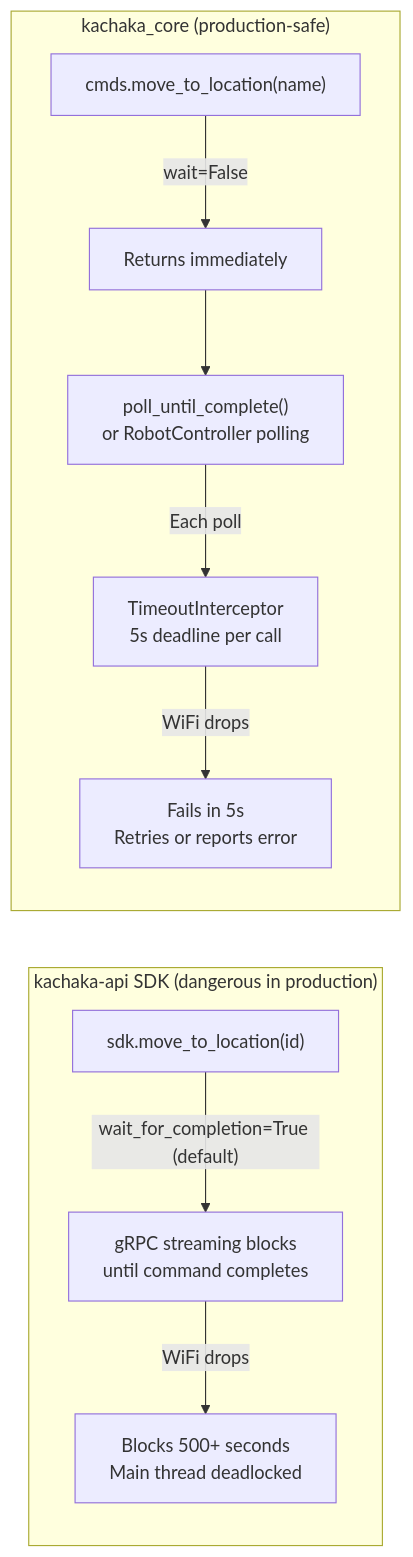
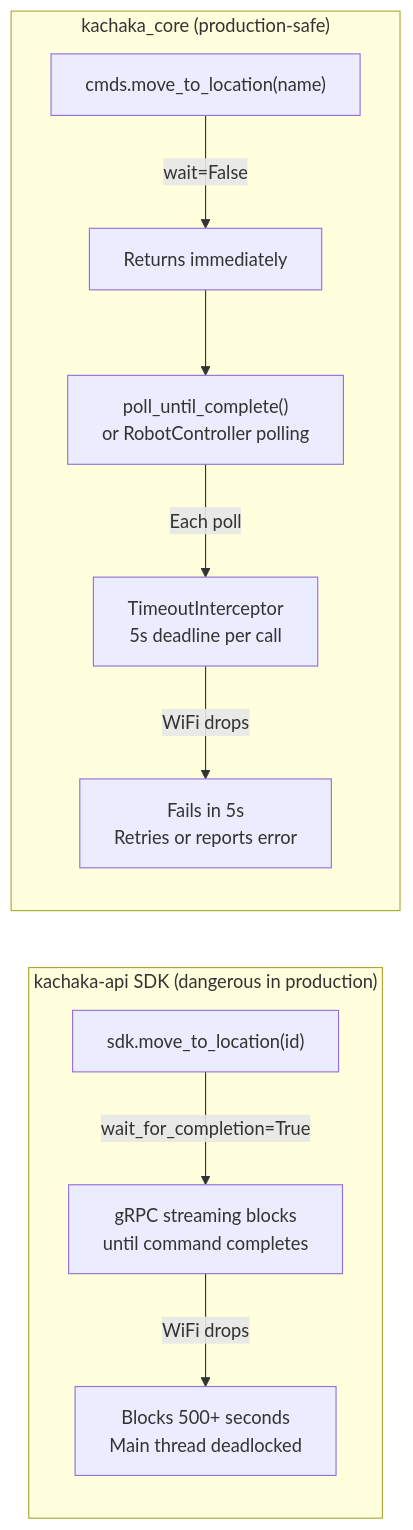
One commit to sigmarobotics/kachaka-sdk-toolkit changed the fifth of 6 diagrams in README.md. Above: the diagram before and after it, drawn with Mermaid. The commit also changed other lines of this file and 3 other files, not shown here.

````diff
--- a/README.md
+++ b/README.md
@@ -898,14 +995,14 @@
 ```mermaid
 graph LR
     subgraph "kachaka-api SDK (dangerous in production)"
-        A["sdk.move_to_location(id)"] -->|"wait_for_completion=True (default)"| B["gRPC streaming blocks\nuntil command completes"]
+        A["sdk.move_to_location(id)"] -->|"wait_for_completion=True"| B["gRPC streaming blocks\nuntil command completes"]
         B -->|"WiFi drops"| C["Blocks 500+ seconds\nMain thread deadlocked"]
     end
 
     subgraph "kachaka_core (production-safe)"
         D["cmds.move_to_location(name)"] -->|"wait=False"| E["Returns immediately"]
         E --> F["poll_until_complete()\nor RobotController polling"]
         F -->|"Each poll"| G["TimeoutInterceptor\n5s deadline per call"]
         G -->|"WiFi drops"| H["Fails in 5s\nRetries or reports error"]
     end
 ```
````
